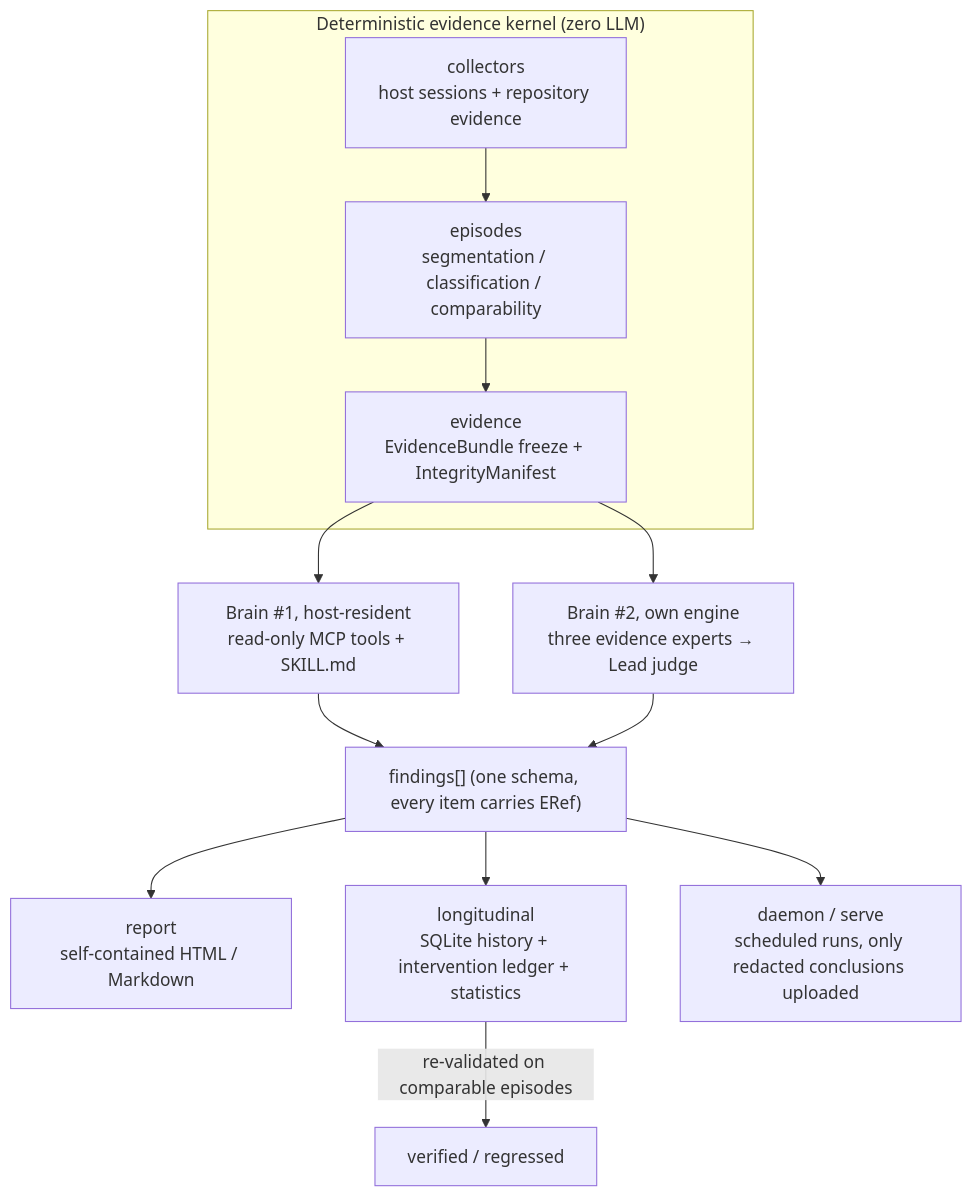
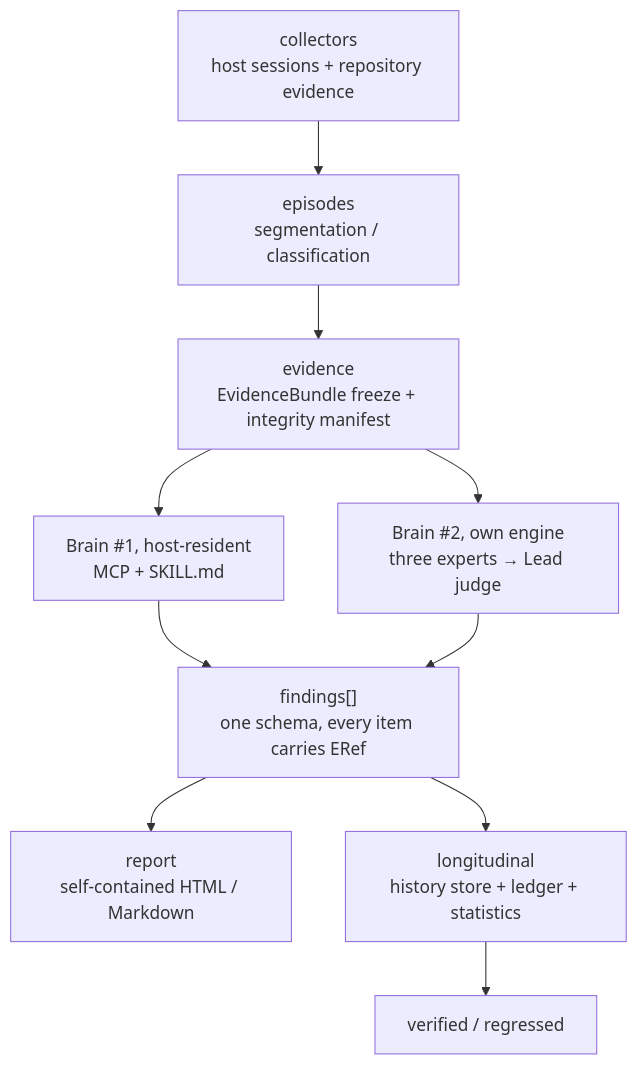
The diagram in README.en.md (Ember452/aftermatter), drawn with Mermaid before and after one commit. The commit also changed other lines of this file and 2 other files, not shown here.

````diff
--- a/README.en.md
+++ b/README.en.md
@@ -100,15 +67,12 @@
 ```mermaid
 flowchart TD
-    subgraph kernel["Deterministic evidence kernel (zero LLM)"]
-        C["collectors<br/>host sessions + repository evidence"] --> E["episodes<br/>segmentation / classification / comparability"]
-        E --> B["evidence<br/>EvidenceBundle freeze + IntegrityManifest"]
-    end
-    B --> H["Brain #1, host-resident<br/>read-only MCP tools + SKILL.md"]
-    B --> S["Brain #2, own engine<br/>three evidence experts → Lead judge"]
-    H --> F["findings[] (one schema, every item carries ERef)"]
+    C["collectors<br/>host sessions + repository evidence"] --> E["episodes<br/>segmentation / classification"]
+    E --> B["evidence<br/>EvidenceBundle freeze + integrity manifest"]
+    B --> H["Brain #1, host-resident<br/>MCP + SKILL.md"]
+    B --> S["Brain #2, own engine<br/>three experts → Lead judge"]
+    H --> F["findings[]<br/>one schema, every item carries ERef"]
     S --> F
     F --> R["report<br/>self-contained HTML / Markdown"]
-    F --> L["longitudinal<br/>SQLite history + intervention ledger + statistics"]
-    L -->|"re-validated on comparable episodes"| V["verified / regressed"]
-    F --> D["daemon / serve<br/>scheduled runs, only redacted conclusions uploaded"]
+    F --> L["longitudinal<br/>history store + ledger + statistics"]
+    L --> V["verified / regressed"]
 ```
````
